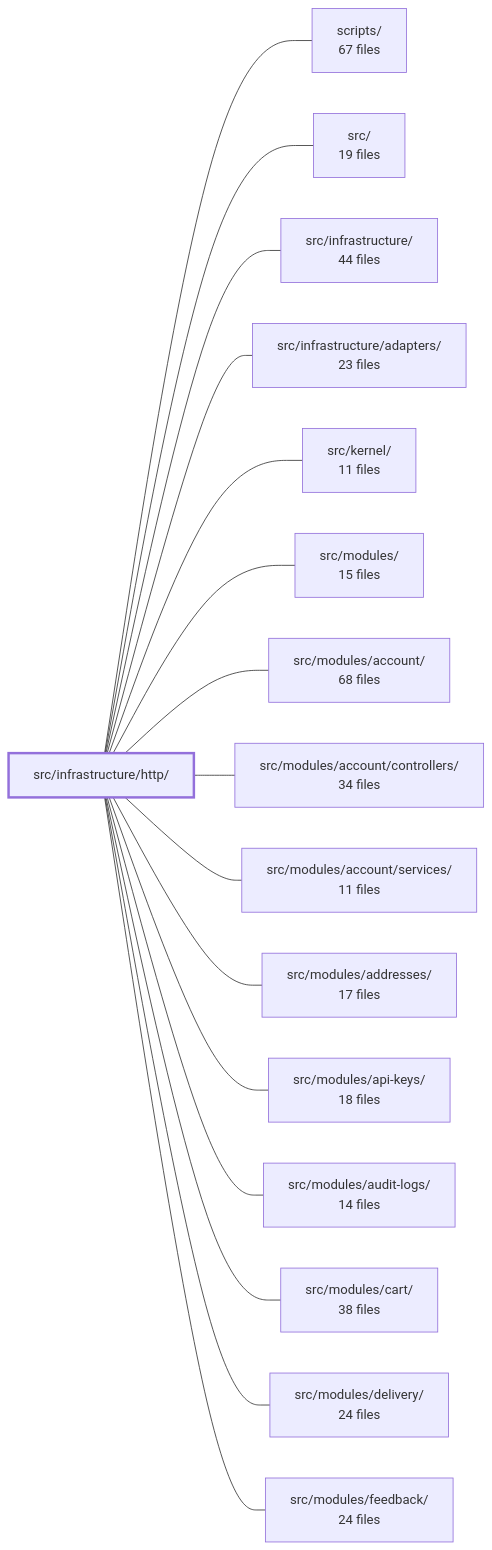
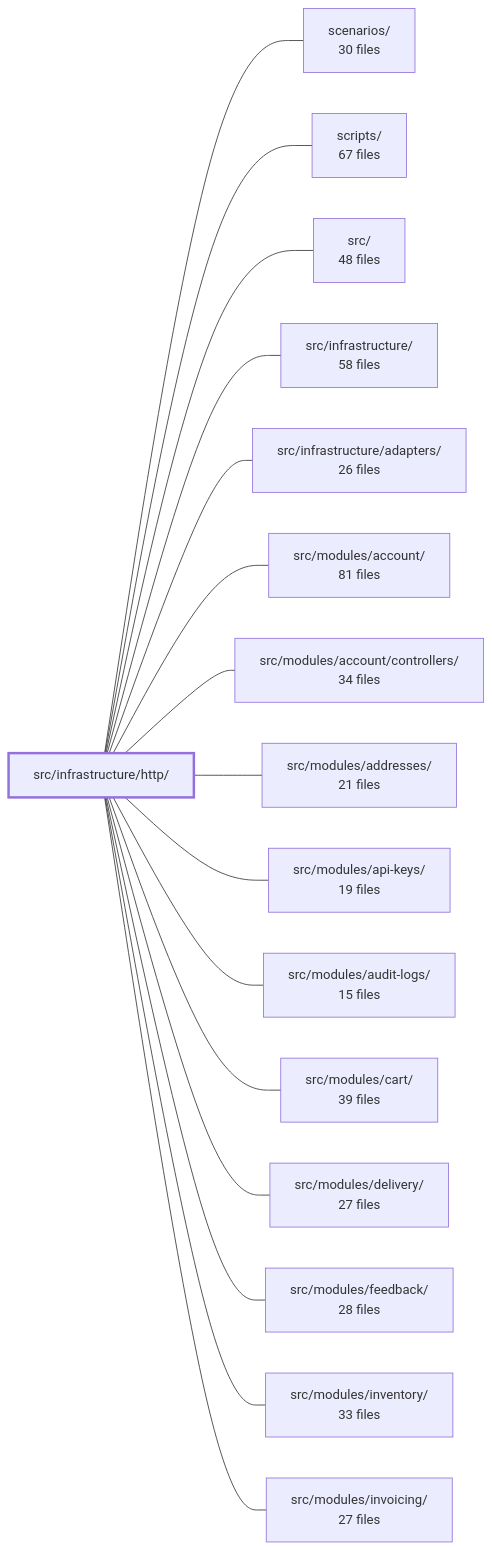
Before and after one commit to Guebbit/boilerplate-node-backend: the diagram in .2brain/modules/boilerplate-node-backend_src_infrastructure_http.md, drawn with Mermaid. The commit also changed other lines of this file and 187 other files, not shown here.

````diff
--- a/.2brain/modules/boilerplate-node-backend_src_infrastructure_http.md
+++ b/.2brain/modules/boilerplate-node-backend_src_infrastructure_http.md
@@ -41,35 +37,35 @@
 ```mermaid
 flowchart LR
     m_src_infrastructure_http["src/infrastructure/http/"]
+    m_scenarios["scenarios/<br/>30 files"]
     m_scripts["scripts/<br/>67 files"]
-    m_src["src/<br/>19 files"]
-    m_src_infrastructure["src/infrastructure/<br/>44 files"]
-    m_src_infrastructure_adapters["src/infrastructure/adapters/<br/>23 files"]
-    m_src_kernel["src/kernel/<br/>11 files"]
-    m_src_modules["src/modules/<br/>15 files"]
-    m_src_modules_account["src/modules/account/<br/>68 files"]
+    m_src["src/<br/>48 files"]
+    m_src_infrastructure["src/infrastructure/<br/>58 files"]
+    m_src_infrastructure_adapters["src/infrastructure/adapters/<br/>26 files"]
+    m_src_modules_account["src/modules/account/<br/>81 files"]
     m_src_modules_account_controllers["src/modules/account/controllers/<br/>34 files"]
-    m_src_modules_account_services["src/modules/account/services/<br/>11 files"]
-    m_src_modules_addresses["src/modules/addresses/<br/>17 files"]
-    m_src_modules_api_keys["src/modules/api-keys/<br/>18 files"]
-    m_src_modules_audit_logs["src/modules/audit-logs/<br/>14 files"]
-    m_src_modules_cart["src/modules/cart/<br/>38 files"]
-    m_src_modules_delivery["src/modules/delivery/<br/>24 files"]
-    m_src_modules_feedback["src/modules/feedback/<br/>24 files"]
+    m_src_modules_addresses["src/modules/addresses/<br/>21 files"]
+    m_src_modules_api_keys["src/modules/api-keys/<br/>19 files"]
+    m_src_modules_audit_logs["src/modules/audit-logs/<br/>15 files"]
+    m_src_modules_cart["src/modules/cart/<br/>39 files"]
+    m_src_modules_delivery["src/modules/delivery/<br/>27 files"]
+    m_src_modules_feedback["src/modules/feedback/<br/>28 files"]
+    m_src_modules_inventory["src/modules/inventory/<br/>33 files"]
+    m_src_modules_invoicing["src/modules/invoicing/<br/>27 files"]
+    m_src_infrastructure_http --- m_scenarios
     m_src_infrastructure_http --- m_scripts
     m_src_infrastructure_http --- m_src
     m_src_infrastructure_http --- m_src_infrastructure
     m_src_infrastructure_http --- m_src_infrastructure_adapters
-    m_src_infrastructure_http --- m_src_kernel
-    m_src_infrastructure_http --- m_src_modules
     m_src_infrastructure_http --- m_src_modules_account
     m_src_infrastructure_http --- m_src_modules_account_controllers
-    m_src_infrastructure_http --- m_src_modules_account_services
     m_src_infrastructure_http --- m_src_modules_addresses
     m_src_infrastructure_http --- m_src_modules_api_keys
     m_src_infrastructure_http --- m_src_modules_audit_logs
     m_src_infrastructure_http --- m_src_modules_cart
     m_src_infrastructure_http --- m_src_modules_delivery
     m_src_infrastructure_http --- m_src_modules_feedback
+    m_src_infrastructure_http --- m_src_modules_inventory
+    m_src_infrastructure_http --- m_src_modules_invoicing
     style m_src_infrastructure_http stroke-width:3px
 ```
````
